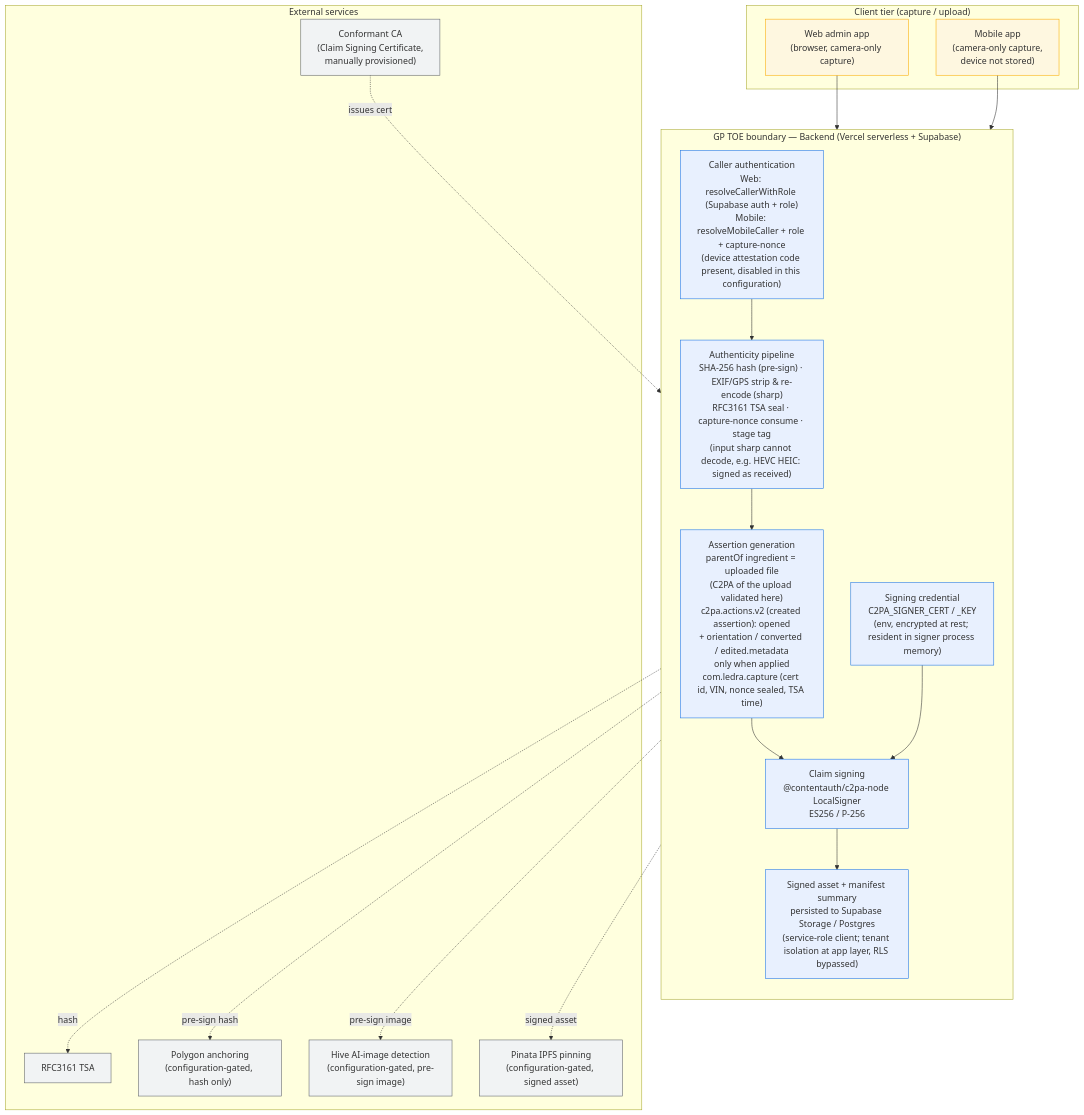
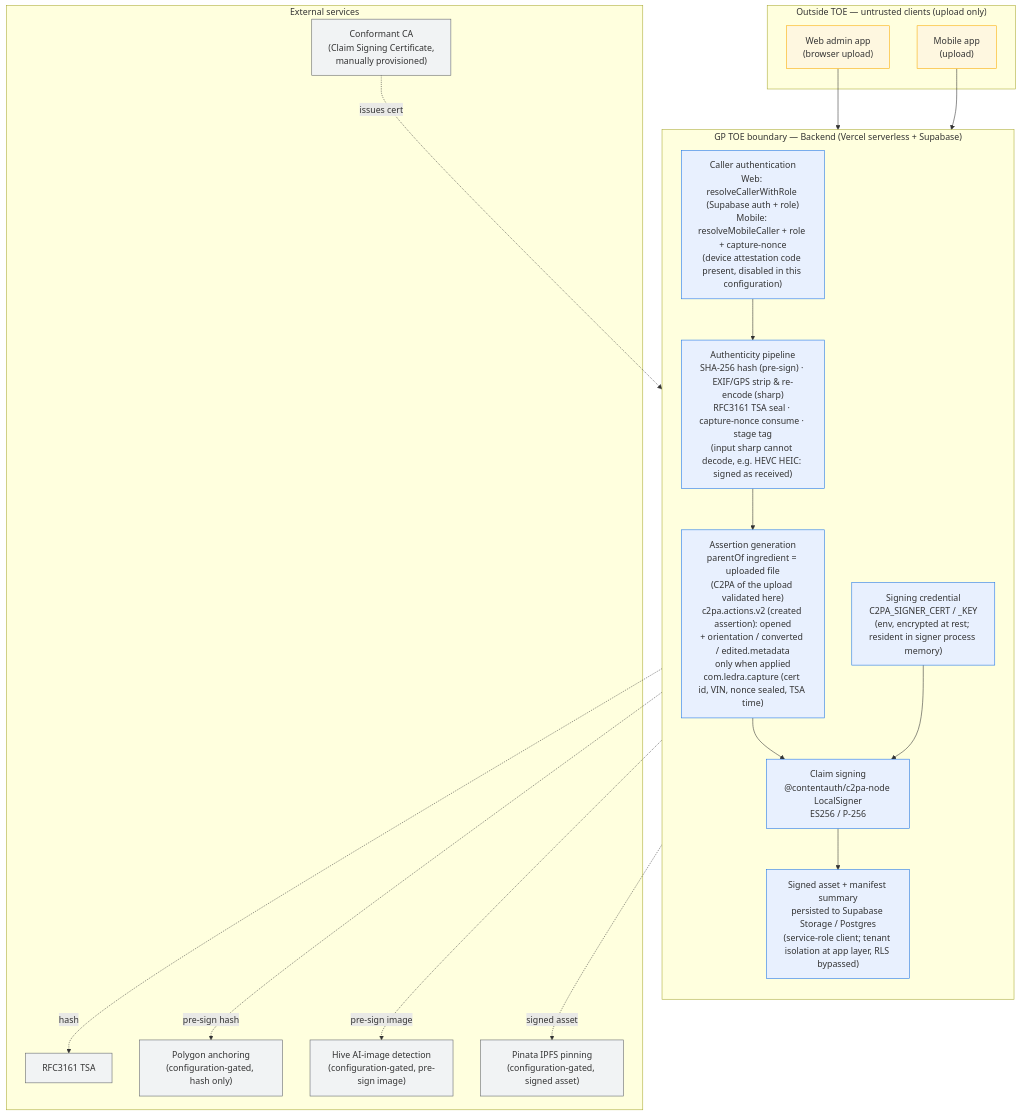
One commit to holy-auto/Ledra changed the diagram in docs/diagrams/c2pa-gp-toe.mmd. Above: the diagram before and after it, drawn with Mermaid. The commit also changed 3 other files, not shown here.

```diff
--- a/docs/diagrams/c2pa-gp-toe.mmd
+++ b/docs/diagrams/c2pa-gp-toe.mmd
@@ -1,44 +1,44 @@
 %% Ledra Generator Product — Target of Evaluation (TOE), Backend class, Assurance Level 1
 %% TOE boundary: from asset capture/upload through claim signing to persistence of the signed asset.
 flowchart TB
-    subgraph CLIENT["Client tier (capture / upload)"]
-        WEB["Web admin app<br/>(browser, camera-only capture)"]
-        MOB["Mobile app<br/>(camera-only capture,<br/>device not stored)"]
+    subgraph CLIENT["Outside TOE — untrusted clients (upload only)"]
+        WEB["Web admin app<br/>(browser upload)"]
+        MOB["Mobile app<br/>(upload)"]
     end
 
     subgraph TOE["GP TOE boundary — Backend (Vercel serverless + Supabase)"]
         direction TB
         AUTH["Caller authentication<br/>Web: resolveCallerWithRole (Supabase auth + role)<br/>Mobile: resolveMobileCaller + role + capture-nonce<br/>(device attestation code present, disabled in this configuration)"]
         PIPE["Authenticity pipeline<br/>SHA-256 hash (pre-sign) · EXIF/GPS strip &amp; re-encode (sharp)<br/>RFC3161 TSA seal · capture-nonce consume · stage tag<br/>(input sharp cannot decode, e.g. HEVC HEIC: signed as received)"]
         ASSERT["Assertion generation<br/>parentOf ingredient = uploaded file<br/>(C2PA of the upload validated here)<br/>c2pa.actions.v2 (created assertion): opened<br/>+ orientation / converted / edited.metadata<br/>only when applied<br/>com.ledra.capture (cert id, VIN, nonce sealed, TSA time)"]
         SIGN["Claim signing<br/>@contentauth/c2pa-node LocalSigner<br/>ES256 / P-256"]
         KEY["Signing credential<br/>C2PA_SIGNER_CERT / _KEY<br/>(env, encrypted at rest; resident in signer process memory)"]
         STORE["Signed asset + manifest summary<br/>persisted to Supabase Storage / Postgres<br/>(service-role client; tenant isolation at app layer, RLS bypassed)"]
     end
 
     subgraph EXT["External services"]
         CA["Conformant CA<br/>(Claim Signing Certificate,<br/>manually provisioned)"]
         TSA["RFC3161 TSA"]
         CHAIN["Polygon anchoring<br/>(configuration-gated, hash only)"]
         HIVE["Hive AI-image detection<br/>(configuration-gated, pre-sign image)"]
         IPFS["Pinata IPFS pinning<br/>(configuration-gated, signed asset)"]
     end
 
     WEB --> AUTH
     MOB --> AUTH
     AUTH --> PIPE --> ASSERT --> SIGN --> STORE
     KEY --> SIGN
     CA -. issues cert .-> KEY
     PIPE -. hash .-> TSA
     %% Polygon anchors the PRE-SIGN pipeline hash (SHA-256 of the stripped buffer),
     %% not the stored signed bytes — embedding the manifest changes the bytes.
     PIPE -. pre-sign hash .-> CHAIN
     PIPE -. pre-sign image .-> HIVE
     SIGN -. signed asset .-> IPFS
 
     classDef toe fill:#e8f0fe,stroke:#1a73e8,stroke-width:1px;
     classDef ext fill:#f1f3f4,stroke:#5f6368,stroke-width:1px;
     classDef cli fill:#fef7e0,stroke:#f9ab00,stroke-width:1px;
     class AUTH,PIPE,ASSERT,SIGN,KEY,STORE toe;
     class CA,TSA,CHAIN,HIVE,IPFS ext;
     class WEB,MOB cli;
```
